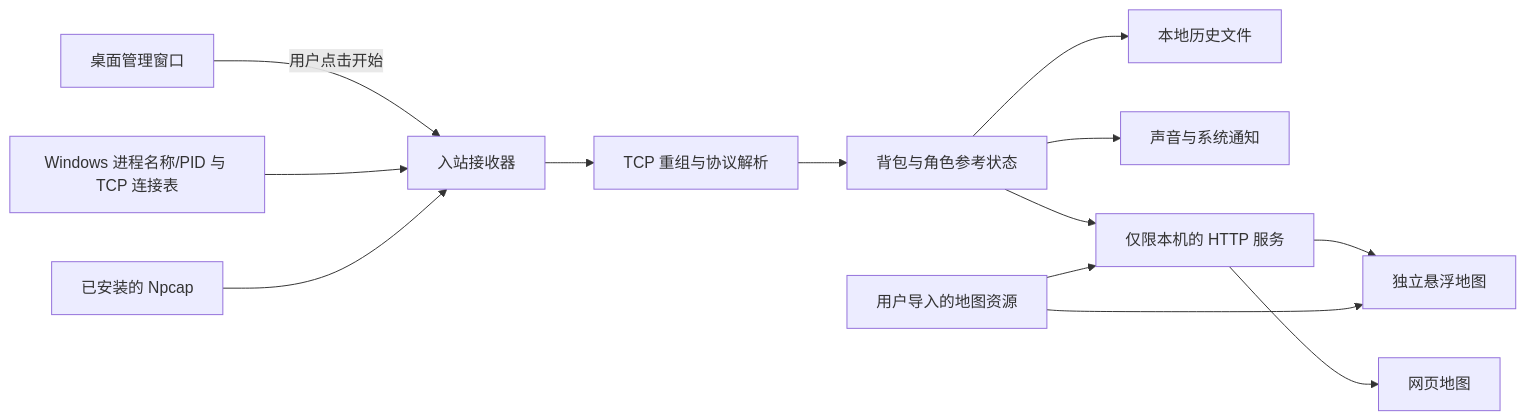
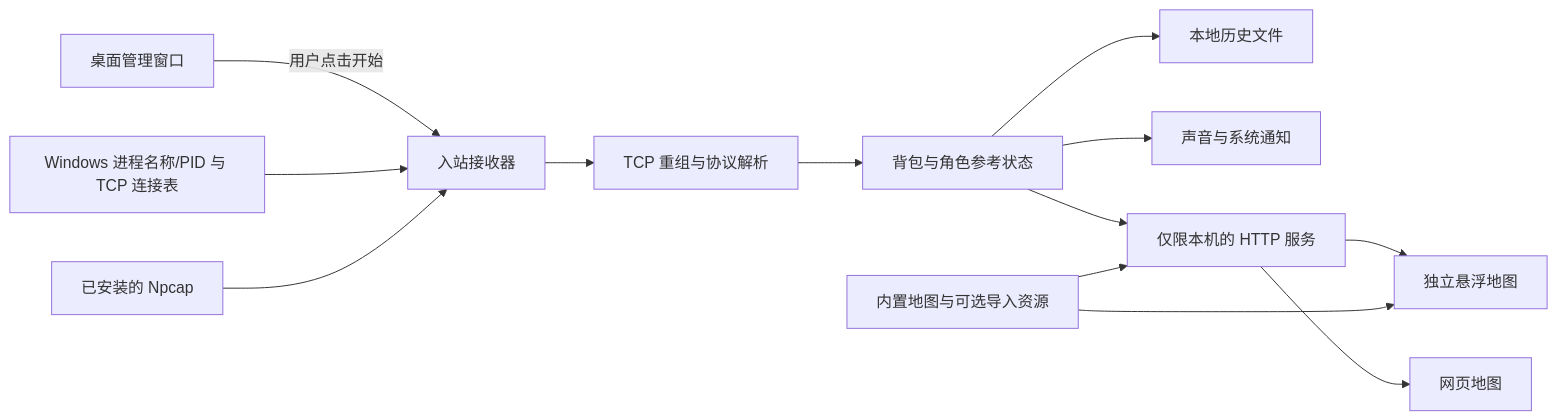
Before and after one commit to TuringBlooming/aion2-hidden-cube-radar: the diagram in docs/architecture.md, drawn with Mermaid. The commit also changed other lines of this file and 366 other files, not shown here.

````diff
--- a/docs/architecture.md
+++ b/docs/architecture.md
@@ -7,15 +7,15 @@
 ```mermaid
 flowchart LR
     Manager[桌面管理窗口] -->|用户点击开始| Collector[入站接收器]
     OS[Windows 进程名称/PID 与 TCP 连接表] --> Collector
     Npcap[已安装的 Npcap] --> Collector
     Collector --> Protocol[TCP 重组与协议解析]
     Protocol --> State[背包与角色参考状态]
     State --> History[本地历史文件]
     State --> Notify[声音与系统通知]
     State --> HTTP[仅限本机的 HTTP 服务]
     HTTP --> Overlay[独立悬浮地图]
     HTTP --> Browser[网页地图]
-    Assets[用户导入的地图资源] --> Overlay
+    Assets[内置地图与可选导入资源] --> Overlay
     Assets --> HTTP
 ```
````
